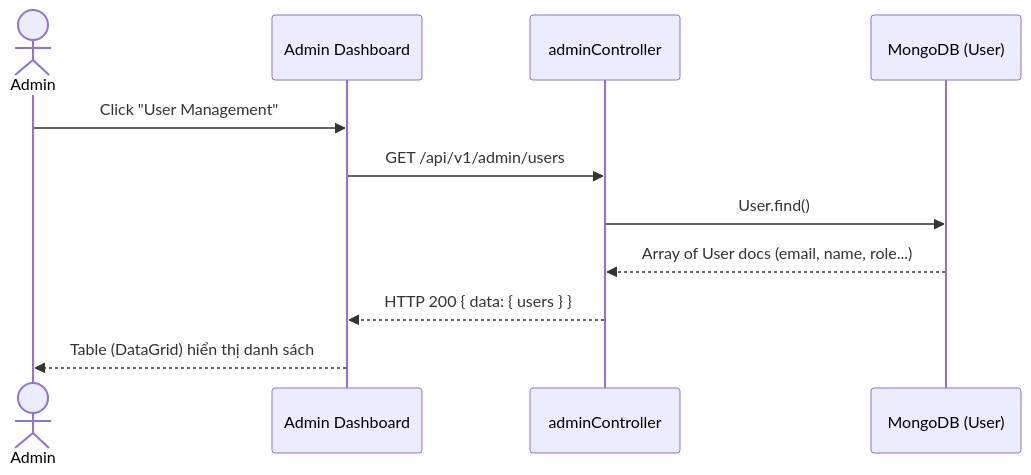
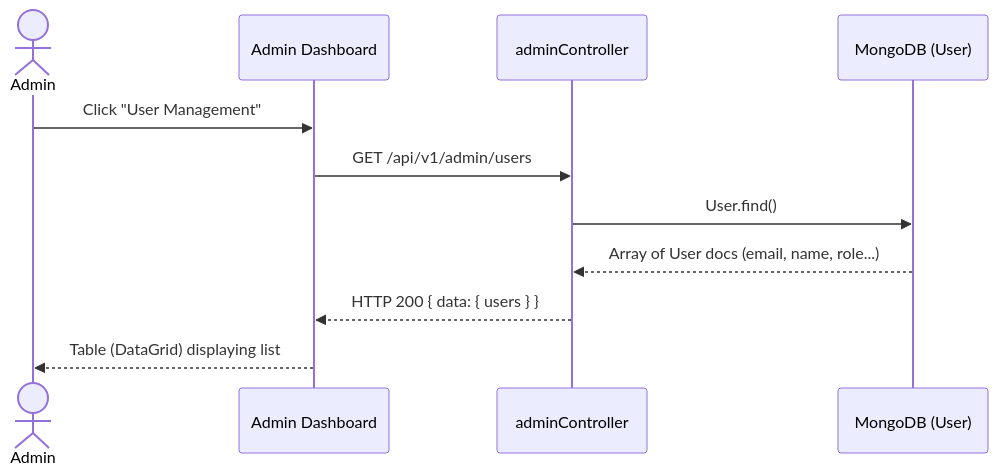
Before and after one commit to dat-21/SWD392: the tenth of 13 diagrams in UC_Backend_Design_Details.md, drawn with Mermaid. The commit also changed other lines of this file and 1 other file, not shown here.

````diff
--- a/UC_Backend_Design_Details.md
+++ b/UC_Backend_Design_Details.md
@@ -262,14 +262,14 @@
 ```mermaid
 sequenceDiagram
     actor Admin
     participant FE as Admin Dashboard
     participant Ctrl as adminController
     participant DB as MongoDB (User)
 
     Admin->>FE: Click "User Management"
     FE->>Ctrl: GET /api/v1/admin/users
     Ctrl->>DB: User.find()
     DB-->>Ctrl: Array of User docs (email, name, role...)
     Ctrl-->>FE: HTTP 200 { data: { users } }
-    FE-->>Admin: Table (DataGrid) hiển thị danh sách
+    FE-->>Admin: Table (DataGrid) displaying list
 ```
````
